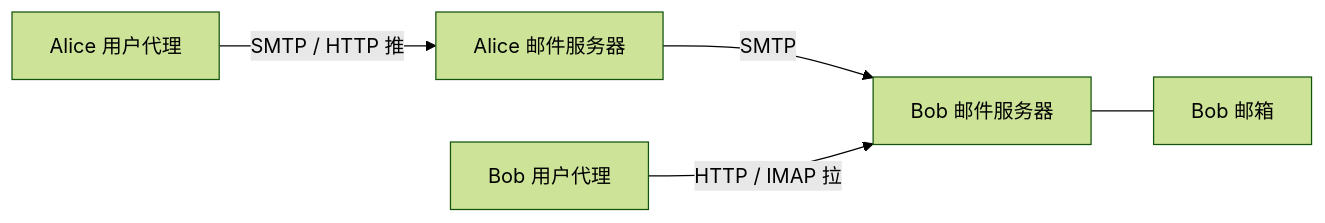
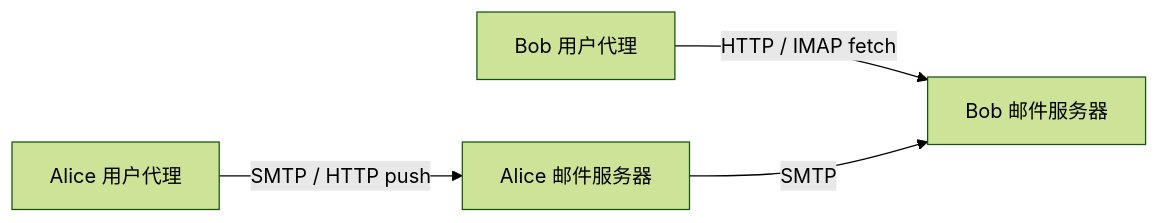
The eighth of 18 diagrams in src/content/posts/应用层.md (Meer-Matze/Meer-Matze.github.io), drawn with Mermaid (forest theme) before and after one commit. The commit also changed other lines of this file and 1 other file, not shown here.

````diff
--- a/src/content/posts/应用层.md
+++ b/src/content/posts/应用层.md
@@ -683,7 +649,6 @@
 ```mermaid
 graph LR
-  AU["Alice 用户代理"] -->|"SMTP / HTTP 推"| AS["Alice 邮件服务器"]
+  AU["Alice 用户代理"] -->|"SMTP / HTTP push"| AS["Alice 邮件服务器"]
+  BU["Bob 用户代理"] -->|"HTTP / IMAP fetch"| BS
   AS -->|"SMTP"| BS["Bob 邮件服务器"]
-  BS --- MB["Bob 邮箱"]
-  BU["Bob 用户代理"] -->|"HTTP / IMAP 拉"| BS
 ```
````
